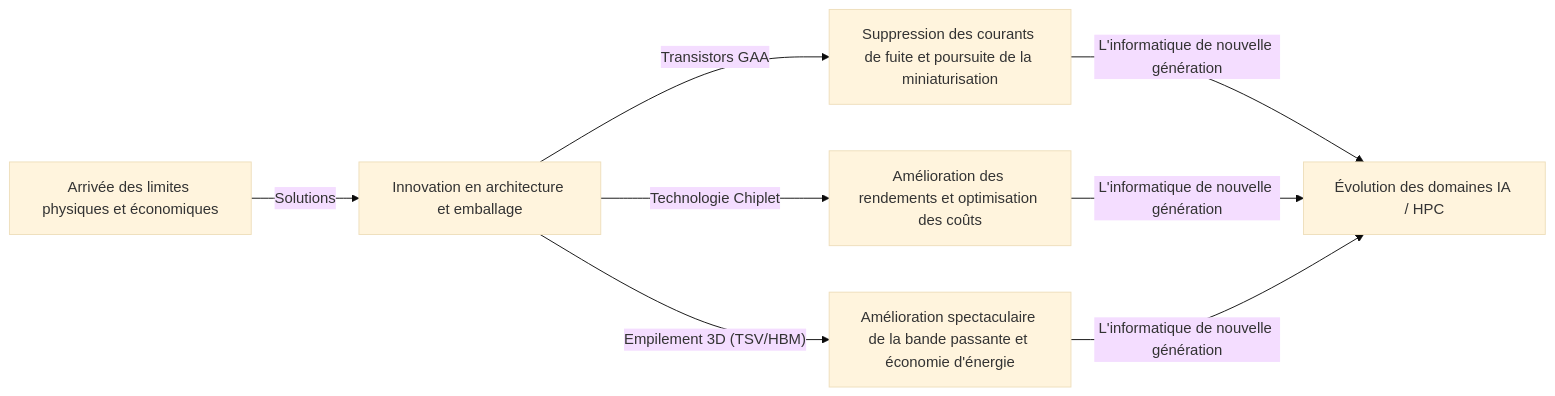
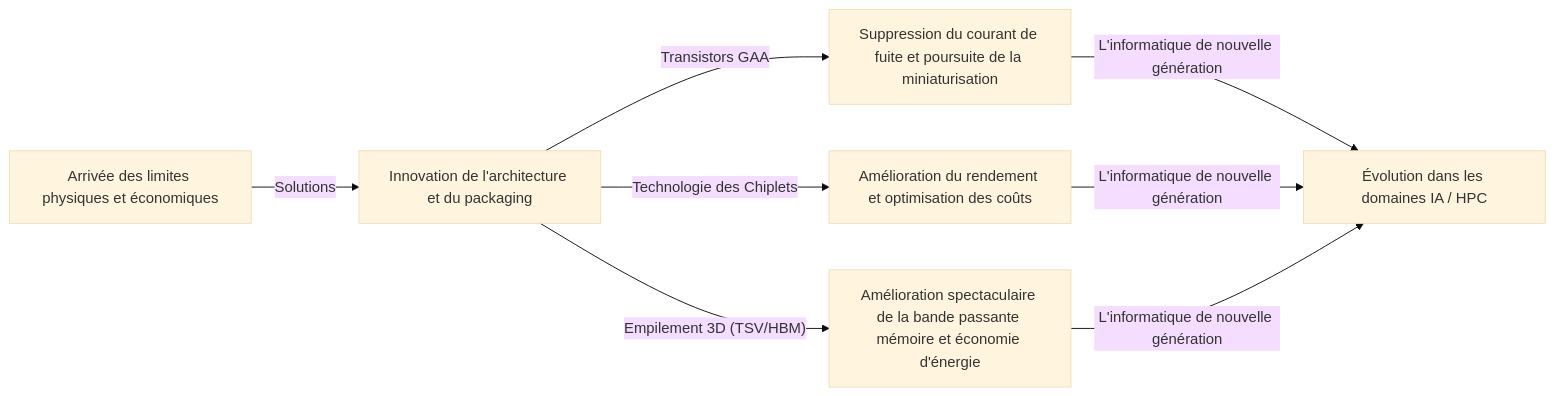
Before and after one commit to kenjinote/blog: the second of 2 diagrams in content/post/business-moores-law/index.fr.md, drawn with Mermaid (base theme). The commit also changed other lines of this file and 40 other files, not shown here.

````diff
--- a/content/post/business-moores-law/index.fr.md
+++ b/content/post/business-moores-law/index.fr.md
@@ -111,10 +111,10 @@
 ```mermaid
 graph LR
-    A["Arrivée des limites physiques et économiques"] -- "Solutions" --> B["Innovation en architecture et emballage"]
-    B -- "Transistors GAA" --> C["Suppression des courants de fuite et poursuite de la miniaturisation"]
-    B -- "Technologie Chiplet" --> D["Amélioration des rendements et optimisation des coûts"]
-    B -- "Empilement 3D (TSV/HBM)" --> E["Amélioration spectaculaire de la bande passante et économie d'énergie"]
-    C -- "L'informatique de nouvelle génération" --> F["Évolution des domaines IA / HPC"]
+    A["Arrivée des limites physiques et économiques"] -- "Solutions" --> B["Innovation de l'architecture et du packaging"]
+    B -- "Transistors GAA" --> C["Suppression du courant de fuite et poursuite de la miniaturisation"]
+    B -- "Technologie des Chiplets" --> D["Amélioration du rendement et optimisation des coûts"]
+    B -- "Empilement 3D (TSV/HBM)" --> E["Amélioration spectaculaire de la bande passante mémoire et économie d'énergie"]
+    C -- "L'informatique de nouvelle génération" --> F["Évolution dans les domaines IA / HPC"]
     D -- "L'informatique de nouvelle génération" --> F
     E -- "L'informatique de nouvelle génération" --> F
 ```
````
